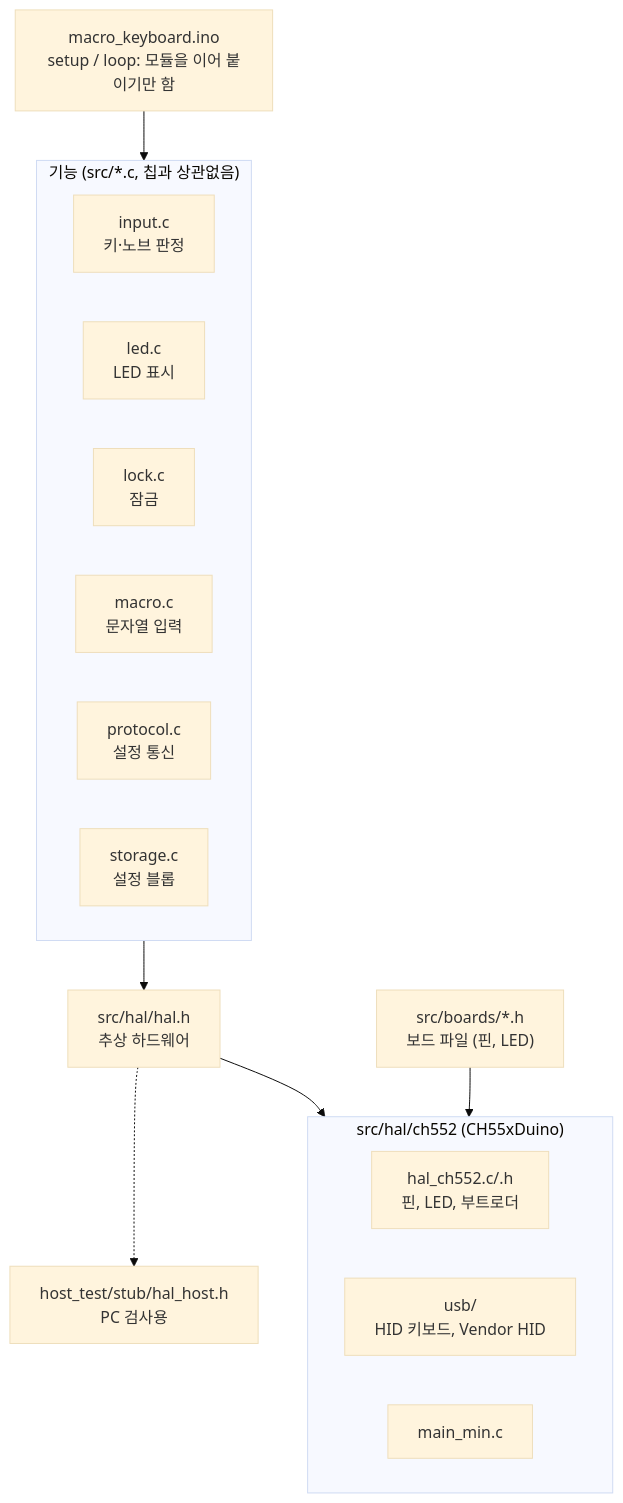
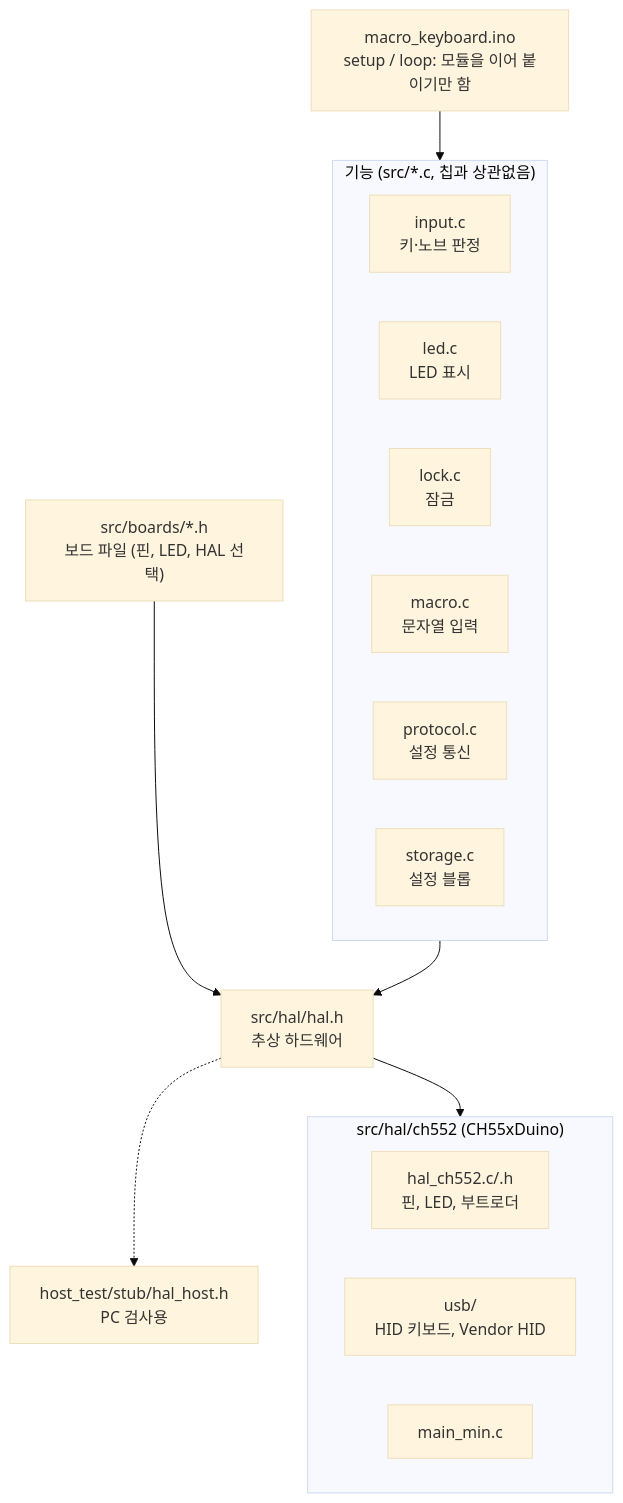
One commit to Kimbyung-wook/USB-mini-keyboard-6k1n changed the diagram in firmware/macro_keyboard/README.md. Above: the diagram before and after it, drawn with Mermaid (base theme). The commit also changed other lines of this file and 12 other files, not shown here.

````diff
--- a/firmware/macro_keyboard/README.md
+++ b/firmware/macro_keyboard/README.md
@@ -181,27 +261,27 @@
 ```mermaid
 flowchart TB
     ino["macro_keyboard.ino<br/>setup / loop: 모듈을 이어 붙이기만 함"]
     subgraph APP["기능 (src/*.c, 칩과 상관없음)"]
         direction LR
         input["input.c<br/>키·노브 판정"]
         led["led.c<br/>LED 표시"]
         lock["lock.c<br/>잠금"]
         macro["macro.c<br/>문자열 입력"]
         protocol["protocol.c<br/>설정 통신"]
         storage["storage.c<br/>설정 블롭"]
     end
     hal["src/hal/hal.h<br/>추상 하드웨어"]
     subgraph CH55X["src/hal/ch552 (CH55xDuino)"]
         direction LR
         halc["hal_ch552.c/.h<br/>핀, LED, 부트로더"]
         usb["usb/<br/>HID 키보드, Vendor HID"]
         main["main_min.c"]
     end
     host["host_test/stub/hal_host.h<br/>PC 검사용"]
-    boards["src/boards/*.h<br/>보드 파일 (핀, LED)"]
+    boards["src/boards/*.h<br/>보드 파일 (핀, LED, HAL 선택)"]
     ino --> APP
     APP --> hal
     hal --> CH55X
     hal -.-> host
-    boards --> CH55X
+    boards --> hal
 ```
````
